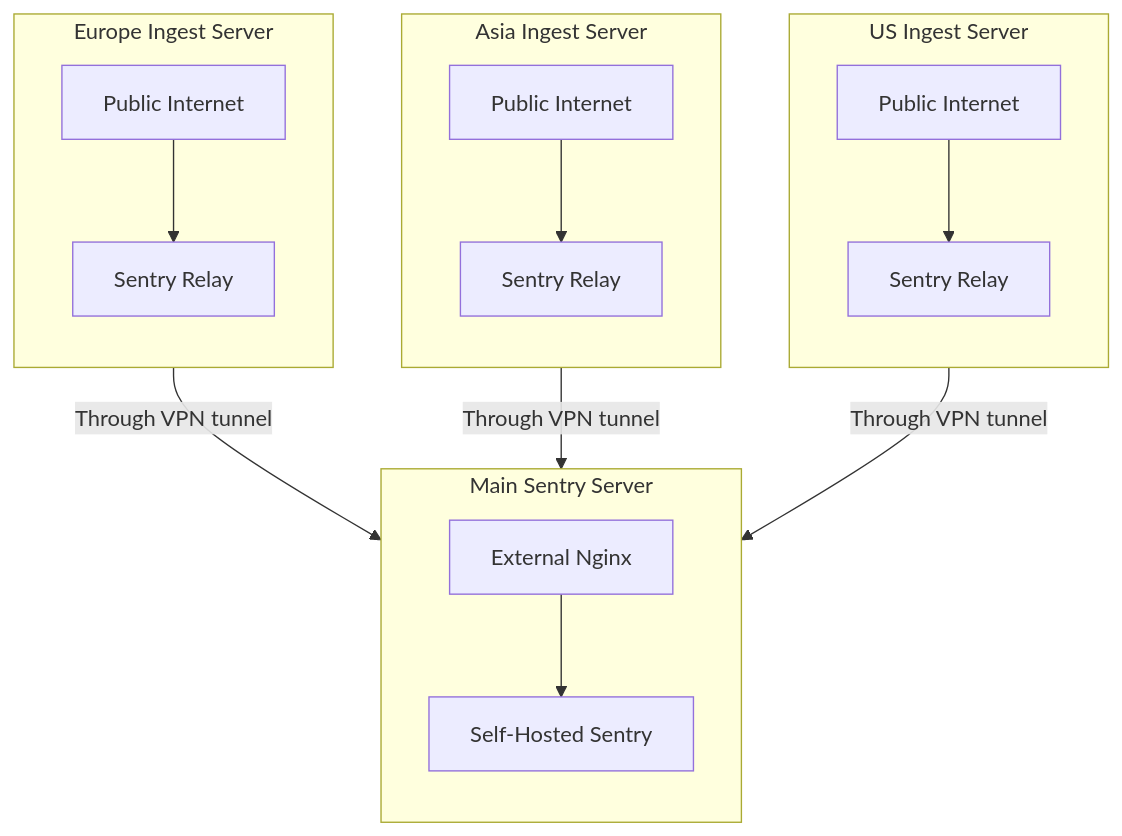
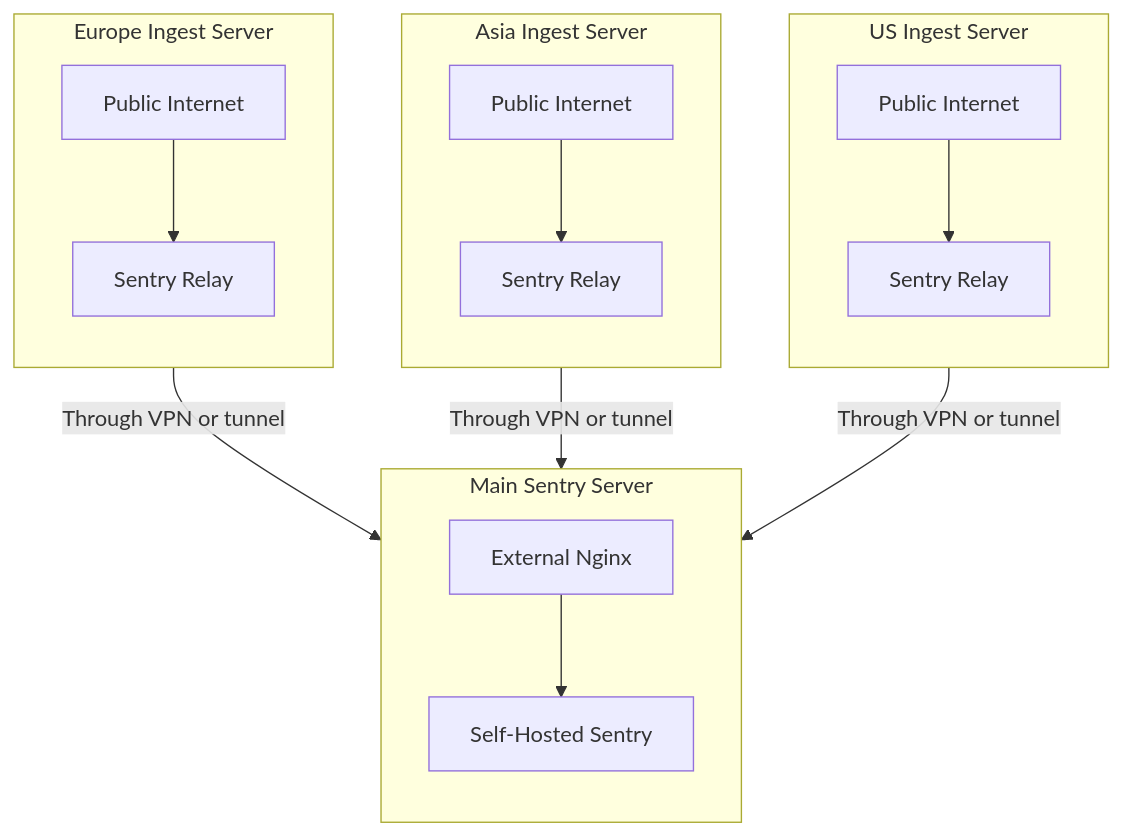
The diagram in develop-docs/self-hosted/reference-architecture/separate-ingest-box.mdx (getsentry/sentry-docs), drawn with Mermaid before and after one commit. The commit also changed other lines of this file, not shown here.

Commit message:
docs(self-hosted): use managed relay instead of proxy mode

````diff
--- a/develop-docs/self-hosted/reference-architecture/separate-ingest-box.mdx
+++ b/develop-docs/self-hosted/reference-architecture/separate-ingest-box.mdx
@@ -13,33 +13,33 @@
 ```mermaid
 graph TB
   subgraph main [Main Sentry Server]
     direction TB
     nginx[External Nginx]
     sentry[Self-Hosted Sentry]
 
     nginx --> sentry
   end
 
   subgraph "US Ingest Server"
     direction TB
     internet1[Public Internet]
     relay1[Sentry Relay]
   end
 
 
   subgraph "Asia Ingest Server"
     direction TB
     internet2[Public Internet]
     relay2[Sentry Relay]
   end
 
-    subgraph "Europe Ingest Server"
+  subgraph "Europe Ingest Server"
     direction TB
     internet3[Public Internet]
     relay3[Sentry Relay]
   end
 
-  internet1 --> relay1 -- Through VPN tunnel --> main
-  internet2 --> relay2 -- Through VPN tunnel --> main
-  internet3 --> relay3 -- Through VPN tunnel --> main
+  internet1 --> relay1 -- Through VPN or tunnel --> main
+  internet2 --> relay2 -- Through VPN or tunnel --> main
+  internet3 --> relay3 -- Through VPN or tunnel --> main
 ```
````
